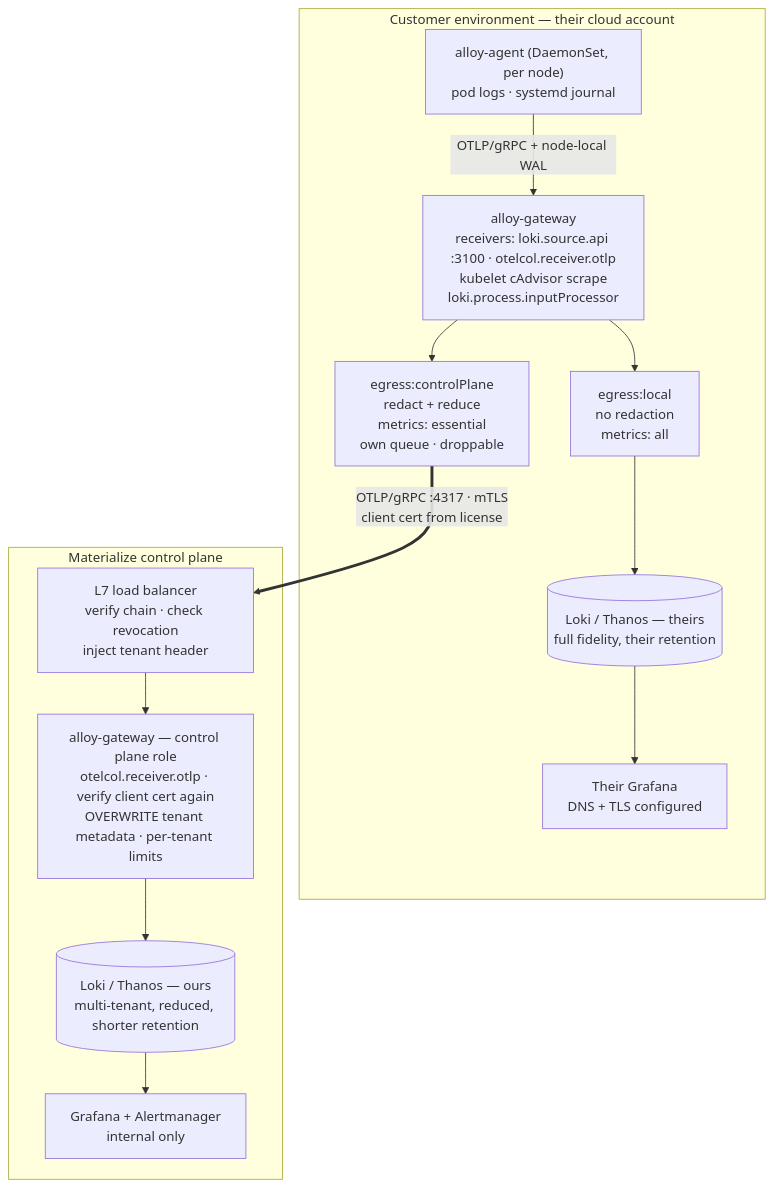
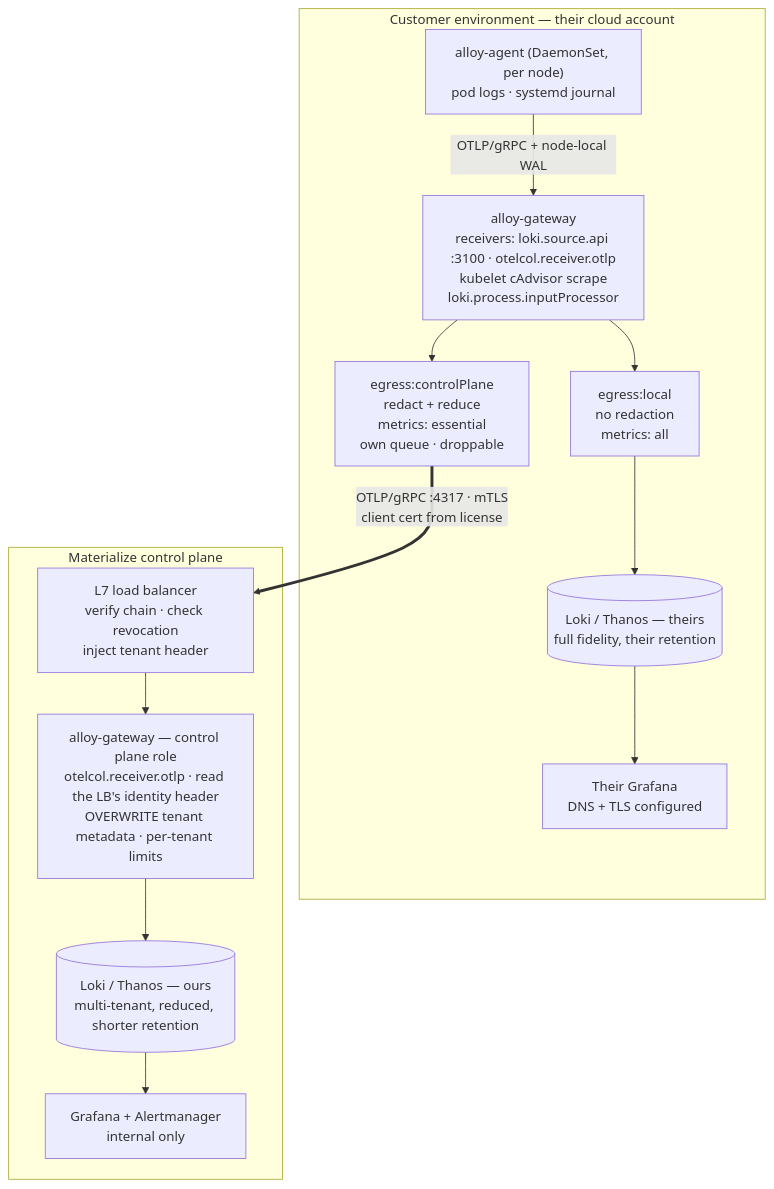
Before and after one commit to MaterializeInc/materialize-monitoring: the first of 2 diagrams in docs/content/reference/development/design-docs/20260813-byoc-observability.md, drawn with Mermaid. The commit also changed other lines of this file and 17 other files, not shown here.

````diff
--- a/docs/content/reference/development/design-docs/20260813-byoc-observability.md
+++ b/docs/content/reference/development/design-docs/20260813-byoc-observability.md
@@ -137,28 +139,28 @@
 ```mermaid
 flowchart TB
   subgraph cust["Customer environment — their cloud account"]
     agent["alloy-agent (DaemonSet, per node)<br/>pod logs · systemd journal"]
     gw["alloy-gateway<br/>receivers: loki.source.api :3100 · otelcol.receiver.otlp<br/>kubelet cAdvisor scrape<br/>loki.process.inputProcessor"]
     local["egress:local<br/>no redaction<br/>metrics: all"]
     cpbranch["egress:controlPlane<br/>redact + reduce<br/>metrics: essential<br/>own queue · droppable"]
     custstore[("Loki / Thanos — theirs<br/>full fidelity, their retention")]
     custgraf["Their Grafana<br/>DNS + TLS configured"]
 
     agent -->|"OTLP/gRPC + node-local WAL"| gw
     gw --> local
     gw --> cpbranch
     local --> custstore
     custstore --> custgraf
   end
 
   subgraph mz["Materialize control plane"]
     lb["L7 load balancer<br/>verify chain · check revocation<br/>inject tenant header"]
-    cpgw["alloy-gateway — control plane role<br/>otelcol.receiver.otlp · verify client cert again<br/>OVERWRITE tenant metadata · per-tenant limits"]
+    cpgw["alloy-gateway — control plane role<br/>otelcol.receiver.otlp · read the LB's identity header<br/>OVERWRITE tenant metadata · per-tenant limits"]
     mzstore[("Loki / Thanos — ours<br/>multi-tenant, reduced, shorter retention")]
     mzgraf["Grafana + Alertmanager<br/>internal only"]
 
     lb --> cpgw --> mzstore --> mzgraf
   end
 
   cpbranch ==>|"OTLP/gRPC :4317 · mTLS<br/>client cert from license"| lb
 ```
````
